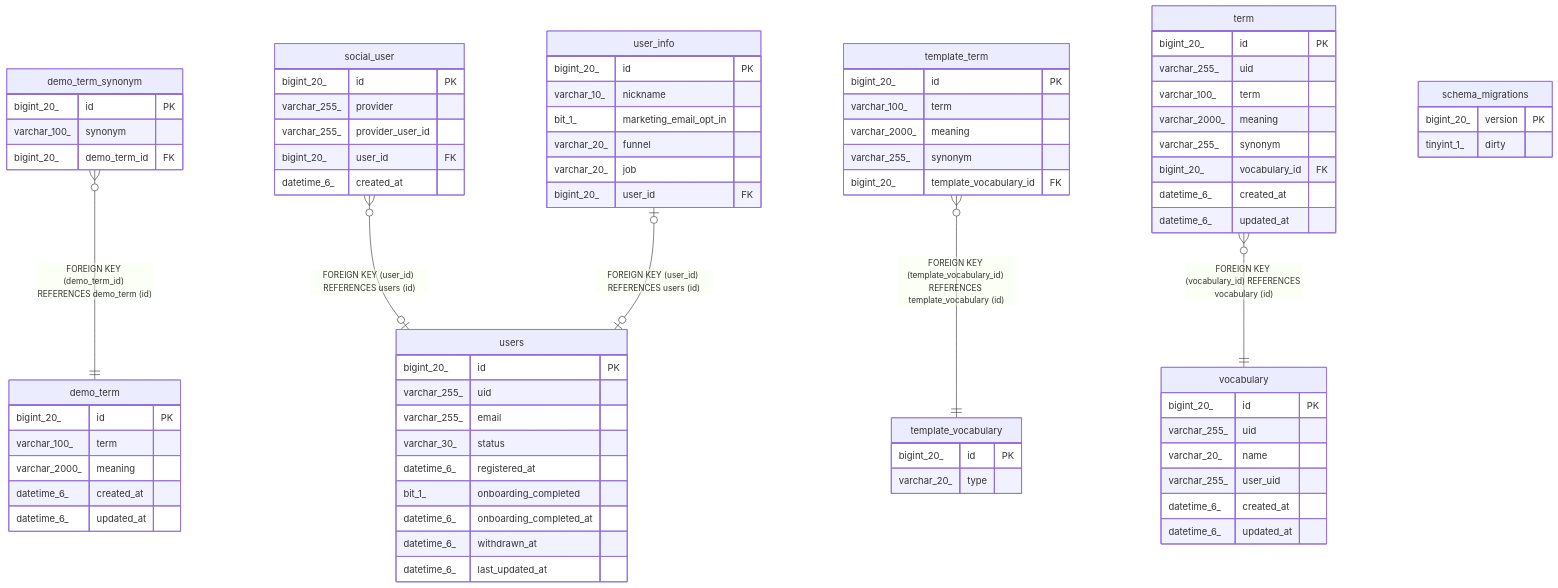
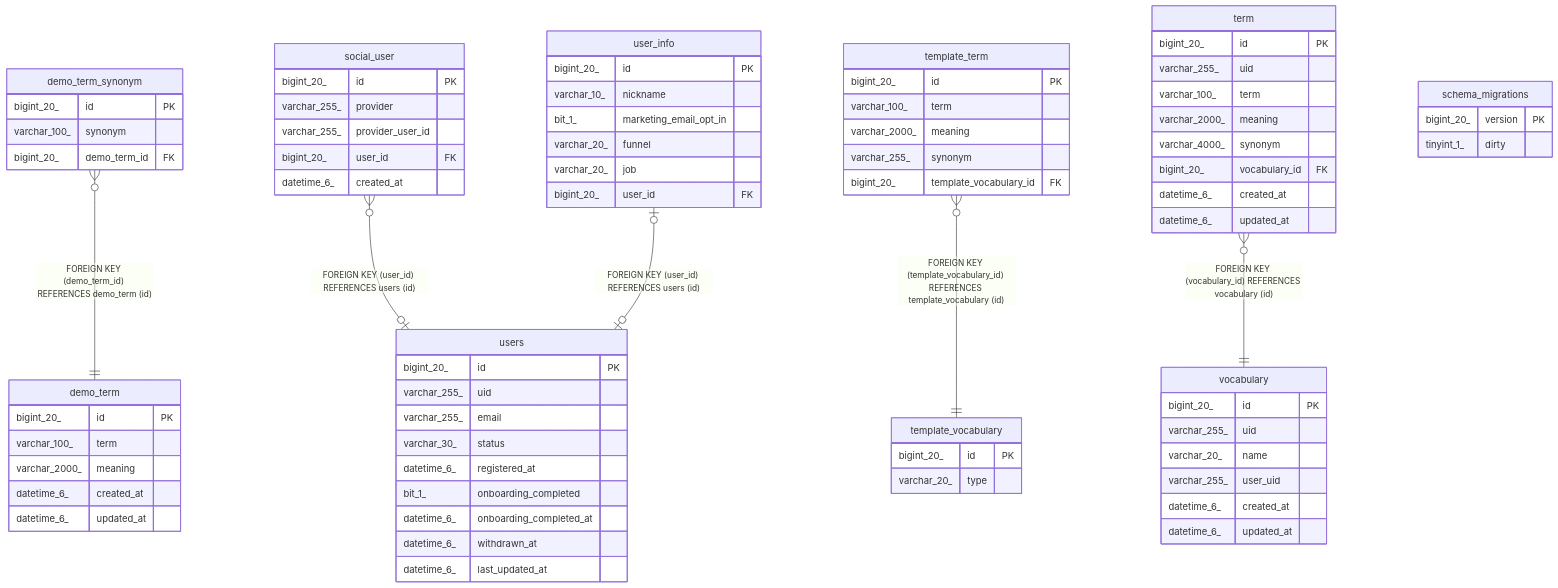
The diagram in docs/schema/README.md (makevook/vook-server), drawn with Mermaid before and after one commit. The commit also changed 4 other files, not shown here.

````diff
--- a/docs/schema/README.md
+++ b/docs/schema/README.md
@@ -20,81 +20,81 @@
 ```mermaid
 erDiagram
 
 "demo_term_synonym" }o--|| "demo_term" : "FOREIGN KEY (demo_term_id) REFERENCES demo_term (id)"
 "social_user" }o--o| "users" : "FOREIGN KEY (user_id) REFERENCES users (id)"
 "template_term" }o--|| "template_vocabulary" : "FOREIGN KEY (template_vocabulary_id) REFERENCES template_vocabulary (id)"
 "term" }o--|| "vocabulary" : "FOREIGN KEY (vocabulary_id) REFERENCES vocabulary (id)"
 "user_info" |o--o| "users" : "FOREIGN KEY (user_id) REFERENCES users (id)"
 
 "demo_term" {
   bigint_20_ id PK
   varchar_100_ term
   varchar_2000_ meaning
   datetime_6_ created_at
   datetime_6_ updated_at
 }
 "demo_term_synonym" {
   bigint_20_ id PK
   varchar_100_ synonym
   bigint_20_ demo_term_id FK
 }
 "schema_migrations" {
   bigint_20_ version PK
   tinyint_1_ dirty
 }
 "social_user" {
   bigint_20_ id PK
   varchar_255_ provider
   varchar_255_ provider_user_id
   bigint_20_ user_id FK
   datetime_6_ created_at
 }
 "template_term" {
   bigint_20_ id PK
   varchar_100_ term
   varchar_2000_ meaning
   varchar_255_ synonym
   bigint_20_ template_vocabulary_id FK
 }
 "template_vocabulary" {
   bigint_20_ id PK
   varchar_20_ type
 }
 "term" {
   bigint_20_ id PK
   varchar_255_ uid
   varchar_100_ term
   varchar_2000_ meaning
-  varchar_255_ synonym
+  varchar_4000_ synonym
   bigint_20_ vocabulary_id FK
   datetime_6_ created_at
   datetime_6_ updated_at
 }
 "users" {
   bigint_20_ id PK
   varchar_255_ uid
   varchar_255_ email
   varchar_30_ status
   datetime_6_ registered_at
   bit_1_ onboarding_completed
   datetime_6_ onboarding_completed_at
   datetime_6_ withdrawn_at
   datetime_6_ last_updated_at
 }
 "user_info" {
   bigint_20_ id PK
   varchar_10_ nickname
   bit_1_ marketing_email_opt_in
   varchar_20_ funnel
   varchar_20_ job
   bigint_20_ user_id FK
 }
 "vocabulary" {
   bigint_20_ id PK
   varchar_255_ uid
   varchar_20_ name
   varchar_255_ user_uid
   datetime_6_ created_at
   datetime_6_ updated_at
 }
 ```
````
